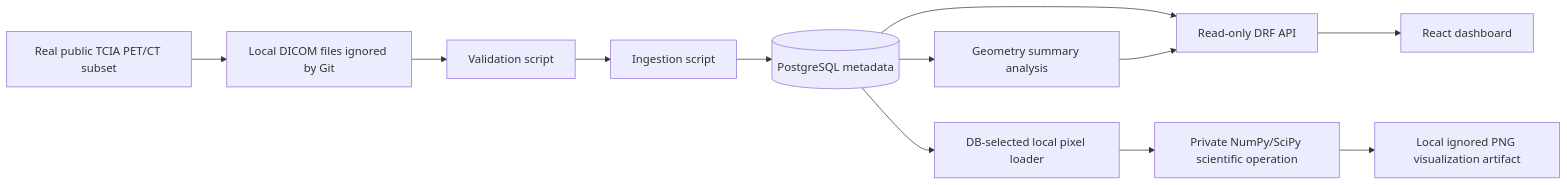
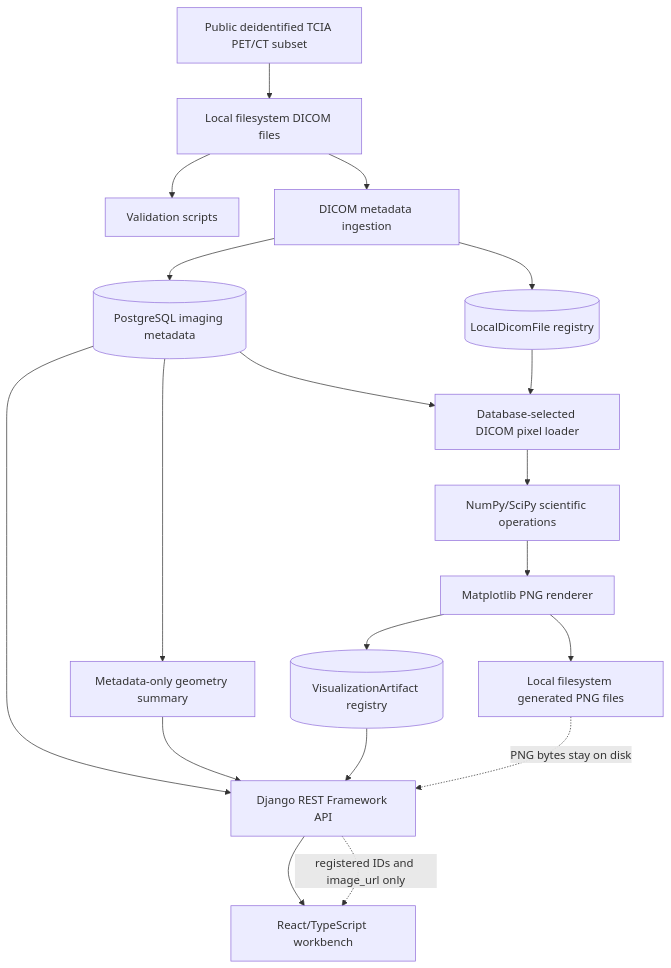
One commit to wpop/quantitative-molecular-imaging-platform changed the diagram in docs/architecture.md. Above: the diagram before and after it, drawn with Mermaid. The commit also changed other lines of this file and 4 other files, not shown here.

````diff
--- a/docs/architecture.md
+++ b/docs/architecture.md
@@ -10,14 +14,22 @@
 ```mermaid
-flowchart LR
-    A[Real public TCIA PET/CT subset] --> B[Local DICOM files ignored by Git]
-    B --> C[Validation script]
-    C --> D[Ingestion script]
-    D --> E[(PostgreSQL metadata)]
-    E --> F[Geometry summary analysis]
-    E --> I[DB-selected local pixel loader]
-    I --> J[Private NumPy/SciPy scientific operation]
-    J --> K[Local ignored PNG visualization artifact]
-    E --> G[Read-only DRF API]
-    F --> G
-    G --> H[React dashboard]
+flowchart TB
+    A[Public deidentified TCIA PET/CT subset] --> B[Local filesystem DICOM files]
+    B --> C[Validation scripts]
+    B --> D[DICOM metadata ingestion]
+    D --> E[(PostgreSQL imaging metadata)]
+    D --> F[(LocalDicomFile registry)]
+    E --> G[Metadata-only geometry summary]
+    E --> H[Database-selected DICOM pixel loader]
+    F --> H
+    H --> I[NumPy/SciPy scientific operations]
+    I --> J[Matplotlib PNG renderer]
+    J --> K[Local filesystem generated PNG files]
+    J --> L[(VisualizationArtifact registry)]
+    E --> M[Django REST Framework API]
+    G --> M
+    L --> M
+    M --> N[React/TypeScript workbench]
+
+    K -. PNG bytes stay on disk .-> M
+    M -. registered IDs and image_url only .-> N
 ```
````
